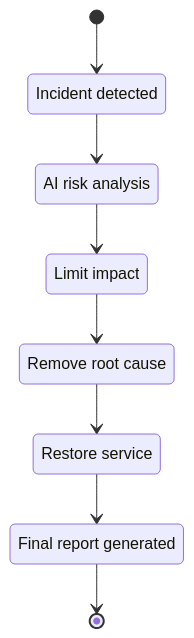
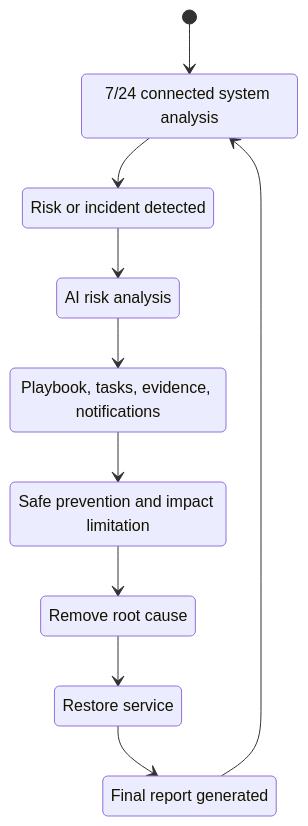
The second of 7 diagrams in README.md (Yusiko99/TEY-crisisOS-airo2026), drawn with Mermaid before and after one commit. The commit also changed other lines of this file, not shown here.

First line of the commit message:
Enhance README with new features and monitoring details

````diff
--- a/README.md
+++ b/README.md
@@ -190,17 +248,21 @@
 ```mermaid
 stateDiagram-v2
-    [*] --> Detected
+    [*] --> Monitoring
+    Monitoring --> Detected
     Detected --> Triage
-    Triage --> Containment
+    Triage --> Agentic_Response
+    Agentic_Response --> Containment
     Containment --> Eradication
     Eradication --> Recovery
     Recovery --> Resolved
-    Resolved --> [*]
+    Resolved --> Monitoring
 
-    Detected: Incident detected
+    Monitoring: 7/24 connected system analysis
+    Detected: Risk or incident detected
     Triage: AI risk analysis
-    Containment: Limit impact
+    Agentic_Response: Playbook, tasks, evidence, notifications
+    Containment: Safe prevention and impact limitation
     Eradication: Remove root cause
     Recovery: Restore service
     Resolved: Final report generated
 ```
````
